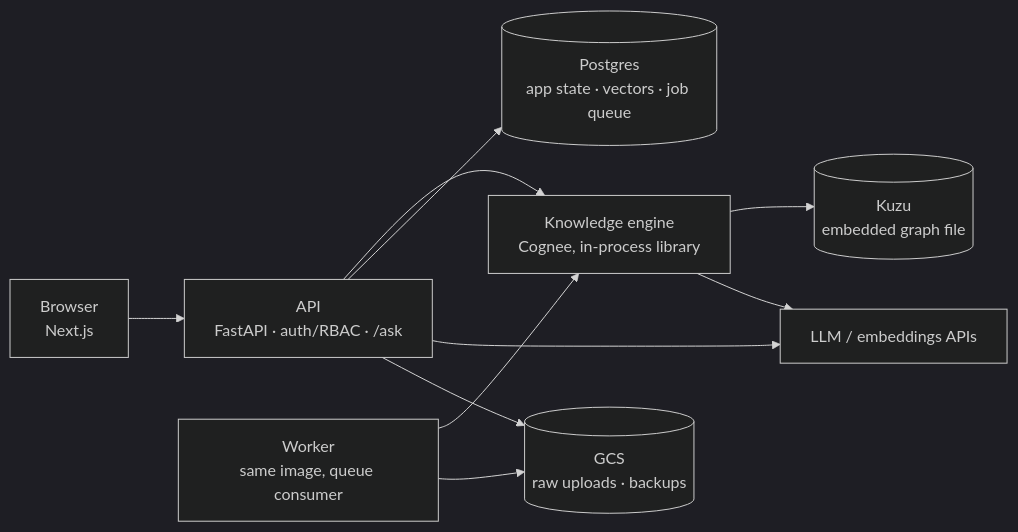
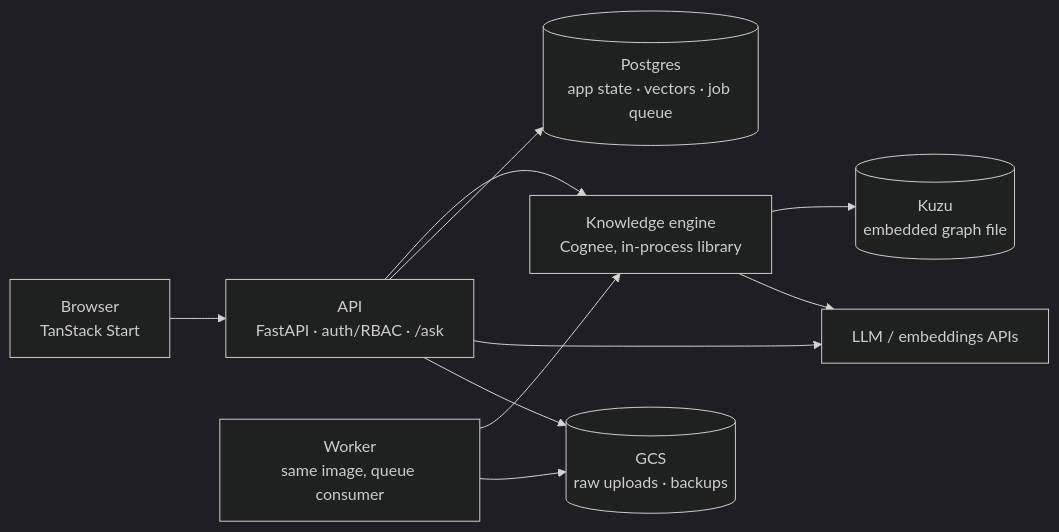
The diagram in docs/wiki/architecture.md (xplus2g4/Lattice), drawn with Mermaid (dark theme) before and after one commit. The commit also changed other lines of this file and 20 other files, not shown here.

First line of the commit message:
Scaffold web app with TanStack Start under app/

````diff
--- a/docs/wiki/architecture.md
+++ b/docs/wiki/architecture.md
@@ -22,10 +22,10 @@
 ```mermaid
 flowchart LR
-  B["Browser<br/>Next.js"] --> A["API<br/>FastAPI · auth/RBAC · /ask"]
+  B["Browser<br/>TanStack Start"] --> A["API<br/>FastAPI · auth/RBAC · /ask"]
   A --> K["Knowledge engine<br/>Cognee, in-process library"]
   A --> P[("Postgres<br/>app state · vectors · job queue")]
   W["Worker<br/>same image, queue consumer"] --> K
   K --> G[("Kuzu<br/>embedded graph file")]
   K & A --> L["LLM / embeddings APIs"]
   A & W --> S[("GCS<br/>raw uploads · backups")]
 ```
````
